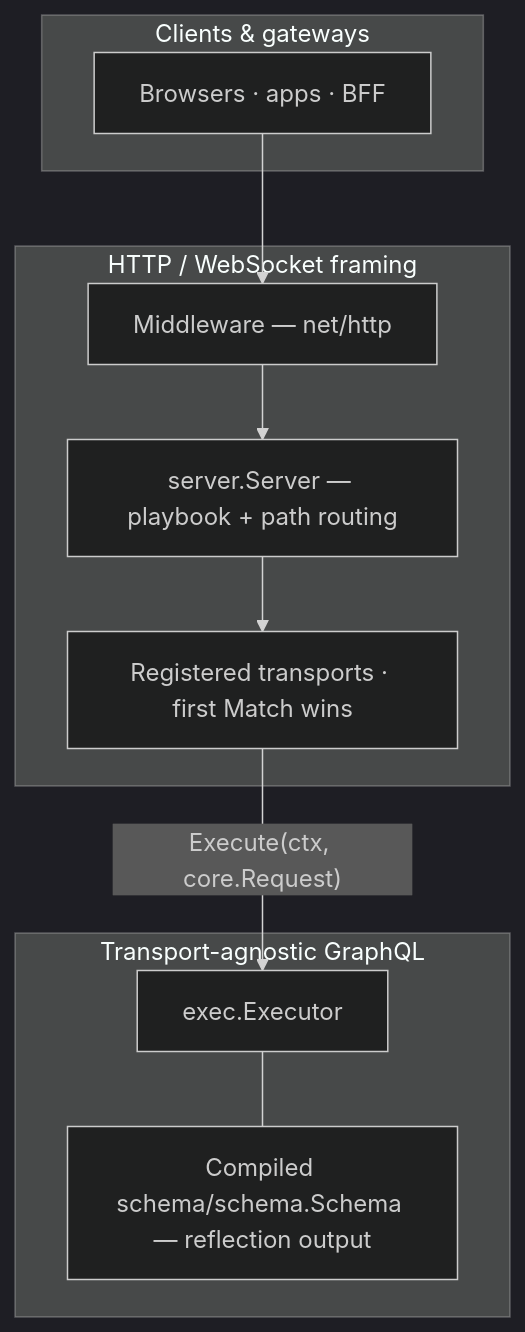
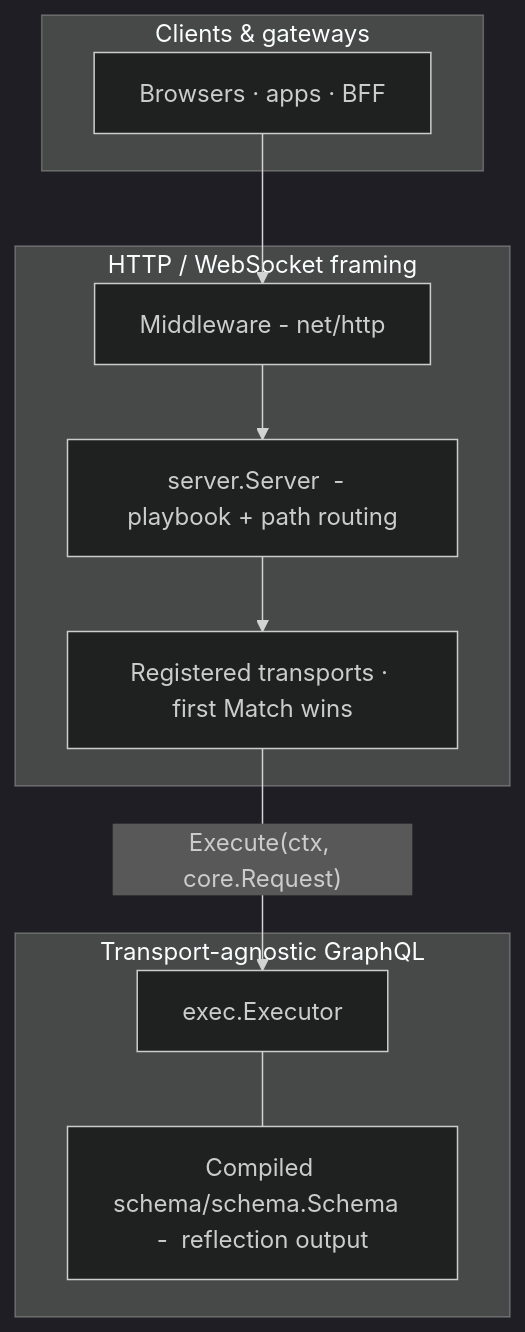
Before and after one commit to grx-gql/grx: the first of 2 diagrams in docs/concepts/architecture.md, drawn with Mermaid (dark theme). The commit also changed other lines of this file and 196 other files, not shown here.

````diff
--- a/docs/concepts/architecture.md
+++ b/docs/concepts/architecture.md
@@ -17,22 +17,22 @@
 ```mermaid
 flowchart TB
   subgraph clients["Clients & gateways"]
     C[Browsers · apps · BFF]
   end
 
   subgraph wire["HTTP / WebSocket framing"]
-    MW[Middleware — net/http]
-    SRV["server.Server — playbook + path routing"]
+    MW[Middleware  -  net/http]
+    SRV["server.Server  -  playbook + path routing"]
     TR[Registered transports · first Match wins]
     MW --> SRV --> TR
   end
 
   subgraph graphql["Transport-agnostic GraphQL"]
     EX[exec.Executor]
-    SCH[Compiled schema/schema.Schema — reflection output]
+    SCH[Compiled schema/schema.Schema  -  reflection output]
     EX --- SCH
   end
 
   C --> MW
   TR -->|"Execute(ctx, core.Request)"| EX
 ```
````
